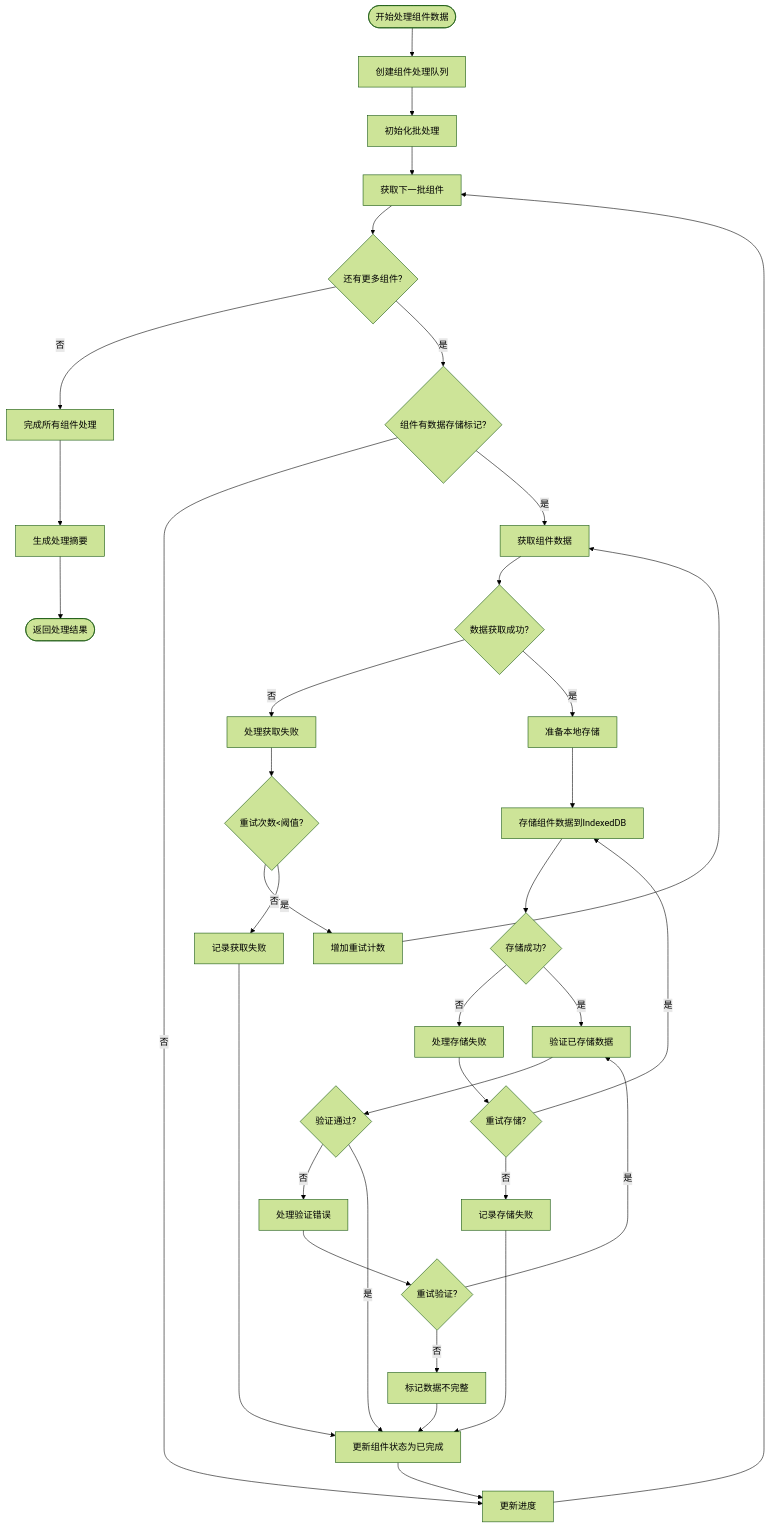
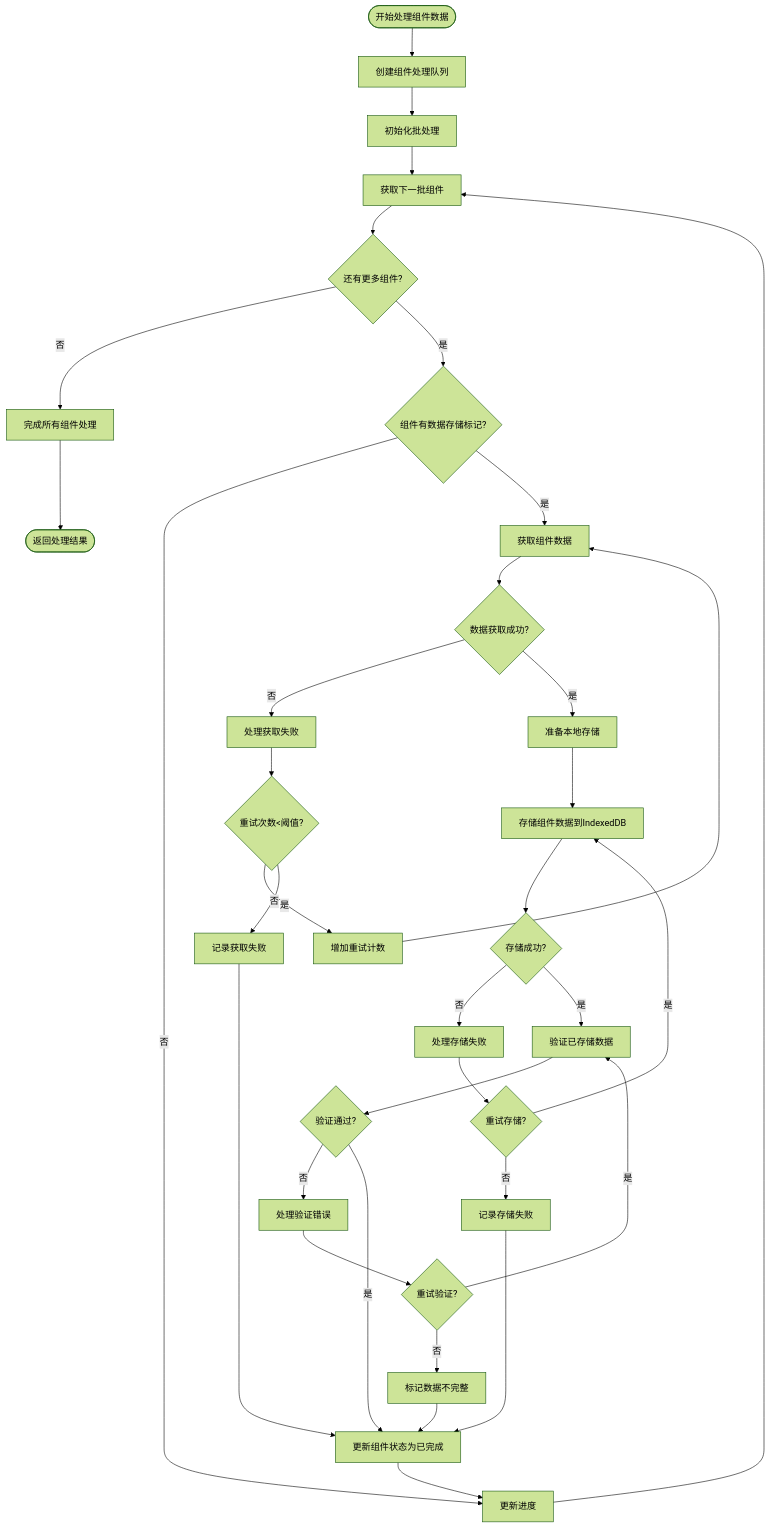
One commit to yingjianzh/iodraw-files changed the diagram in all/未命名-50.md. Above: the diagram before and after it, drawn with Mermaid (forest theme).

Commit message:
2025-05-08 10:53:12 update

````diff
--- a/all/未命名-50.md
+++ b/all/未命名-50.md
@@ -1,51 +1,50 @@
 ```mermaid
 flowchart TD
     StartProcessing([开始处理组件数据]) --> CreateQueue[创建组件处理队列]
     
     CreateQueue --> InitBatchProcessing[初始化批处理]
     
     InitBatchProcessing --> GetNextComponent[获取下一批组件]
     GetNextComponent --> HasMoreComponents{还有更多组件?}
     
     HasMoreComponents -->|否| CompleteProcessing[完成所有组件处理]
     HasMoreComponents -->|是| CheckDataFlag{组件有数据存储标记?}
     
     CheckDataFlag -->|否| UpdateProgress[更新进度]
     CheckDataFlag -->|是| FetchComponentData[获取组件数据]
     
     FetchComponentData --> DataFetchOk{数据获取成功?}
     
     DataFetchOk -->|否| HandleFetchError[处理获取失败]
     HandleFetchError --> RetryCount{重试次数<阈值?}
     RetryCount -->|是| IncrementRetry[增加重试计数]
     IncrementRetry --> FetchComponentData
     RetryCount -->|否| LogFetchFailure[记录获取失败]
     
     DataFetchOk -->|是| PrepareStorage[准备本地存储]
     PrepareStorage --> StoreComponentData[存储组件数据到IndexedDB]
     
     StoreComponentData --> StorageOk{存储成功?}
     StorageOk -->|否| HandleStorageError[处理存储失败]
     HandleStorageError --> RetryStorage{重试存储?}
     RetryStorage -->|是| StoreComponentData
     RetryStorage -->|否| LogStorageFailure[记录存储失败]
     
     StorageOk -->|是| VerifyStoredData[验证已存储数据]
     VerifyStoredData --> VerifyOk{验证通过?}
     
     VerifyOk -->|否| HandleVerifyError[处理验证错误]
     HandleVerifyError --> RetryVerify{重试验证?}
     RetryVerify -->|是| VerifyStoredData
     RetryVerify -->|否| MarkDataIncomplete[标记数据不完整]
     
     VerifyOk -->|是| UpdateComponentStatus[更新组件状态为已完成]
     LogFetchFailure --> UpdateComponentStatus
     LogStorageFailure --> UpdateComponentStatus
     MarkDataIncomplete --> UpdateComponentStatus
     
     UpdateComponentStatus --> UpdateProgress
     UpdateProgress --> GetNextComponent
     
-    CompleteProcessing --> GenerateSummary[生成处理摘要]
-    GenerateSummary --> Return([返回处理结果])
+    CompleteProcessing -->  Return([返回处理结果])
 ```
````
